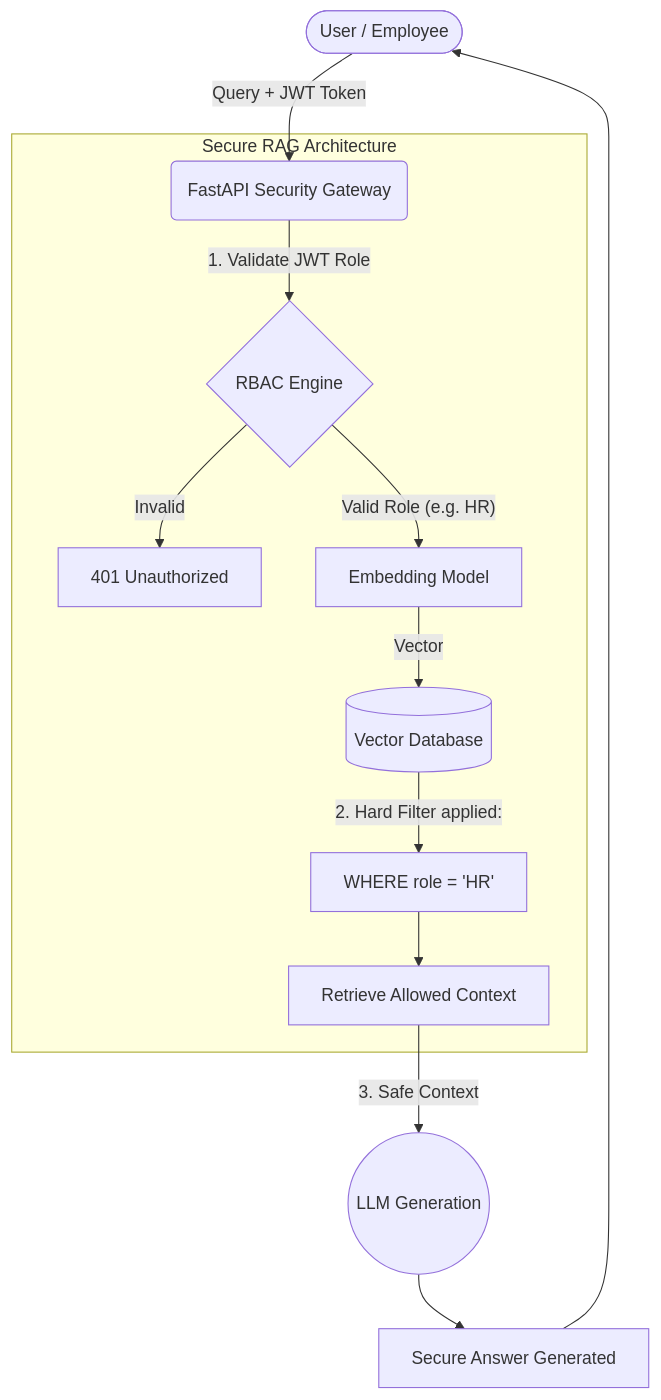
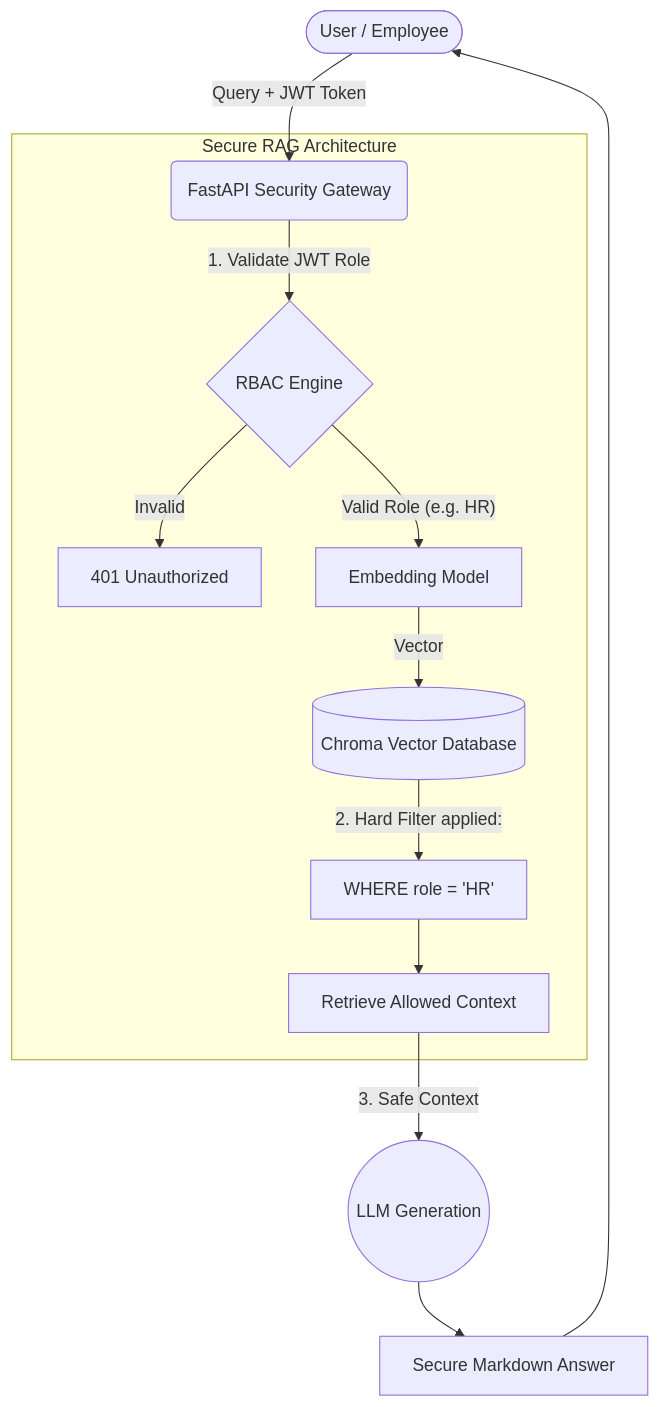
The diagram in README.md (Vamshi868876/Secure-Enterprise-RAG), drawn with Mermaid before and after one commit. The commit also changed other lines of this file, not shown here.

Commit message:
Updated README with ChromaDB, React-Markdown, and free deployment guide

````diff
--- a/README.md
+++ b/README.md
@@ -18,19 +18,19 @@
 ```mermaid
 graph TD
     User(["User / Employee"]) -->|"Query + JWT Token"| API("FastAPI Security Gateway")
     
     subgraph "Secure RAG Architecture"
         API -->|"1. Validate JWT Role"| Auth{"RBAC Engine"}
         Auth -->|"Invalid"| 401["401 Unauthorized"]
         Auth -->|"Valid Role (e.g. HR)"| Embedder["Embedding Model"]
         
-        Embedder -->|"Vector"| VDB[("Vector Database")]
+        Embedder -->|"Vector"| VDB[("Chroma Vector Database")]
         
         VDB -->|"2. Hard Filter applied:"| Filter["WHERE role = 'HR'"]
         Filter --> Context["Retrieve Allowed Context"]
     end
     
     Context -->|"3. Safe Context"| LLM(("LLM Generation"))
-    LLM --> Answer["Secure Answer Generated"]
+    LLM --> Answer["Secure Markdown Answer"]
     Answer --> User
 ```
````
